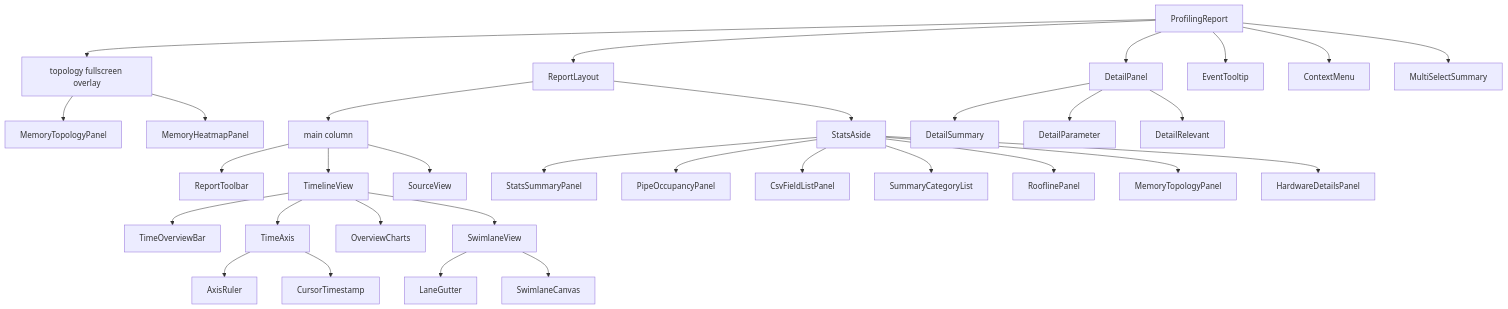
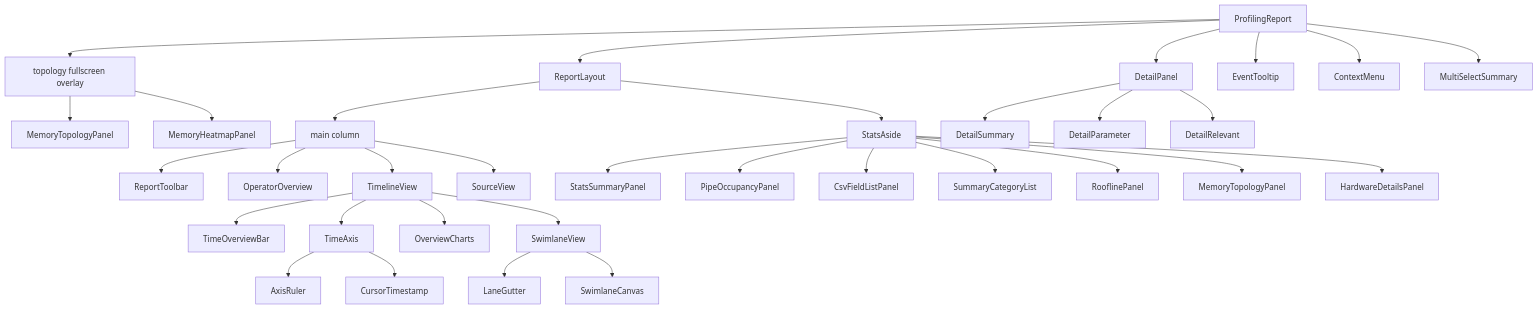
The diagram in src/ui/COMPONENT_TREE.md (IdeFrontend/profiling-report), drawn with Mermaid before and after one commit. The commit also changed other lines of this file and 29 other files, not shown here.

Commit message:
feat: add operator overview tab with sortable, filterable table

````diff
--- a/src/ui/COMPONENT_TREE.md
+++ b/src/ui/COMPONENT_TREE.md
@@ -9,35 +9,36 @@
 ```mermaid
 flowchart TB
   root[ProfilingReport]
   root --> layout[ReportLayout]
   root --> topoFs[topology fullscreen overlay]
   root --> detail[DetailPanel]
   root --> tip[EventTooltip]
   root --> menu[ContextMenu]
   root --> multi[MultiSelectSummary]
   topoFs --> memFs[MemoryTopologyPanel]
   topoFs --> heatFs[MemoryHeatmapPanel]
   layout --> mainCol[main column]
   layout --> aside[StatsAside]
   mainCol --> toolbar[ReportToolbar]
+  mainCol --> operatorOverview[OperatorOverview]
   mainCol --> timeline[TimelineView]
   mainCol --> sourceView[SourceView]
   timeline --> overviewBar[TimeOverviewBar]
   timeline --> timeAxis[TimeAxis]
   timeAxis --> ruler[AxisRuler]
   timeAxis --> cursor[CursorTimestamp]
   timeline --> overviewCharts[OverviewCharts]
   timeline --> swim[SwimlaneView]
   swim --> gutter[LaneGutter]
   swim --> canvas[SwimlaneCanvas]
   aside --> summary[StatsSummaryPanel]
   aside --> pipe[PipeOccupancyPanel]
   aside --> csv[CsvFieldListPanel]
   aside --> summ[SummaryCategoryList]
   aside --> roof[RooflinePanel]
   aside --> mem[MemoryTopologyPanel]
   aside --> hw[HardwareDetailsPanel]
   detail --> dsum[DetailSummary]
   detail --> dparam[DetailParameter]
   detail --> drel[DetailRelevant]
 ```
````
